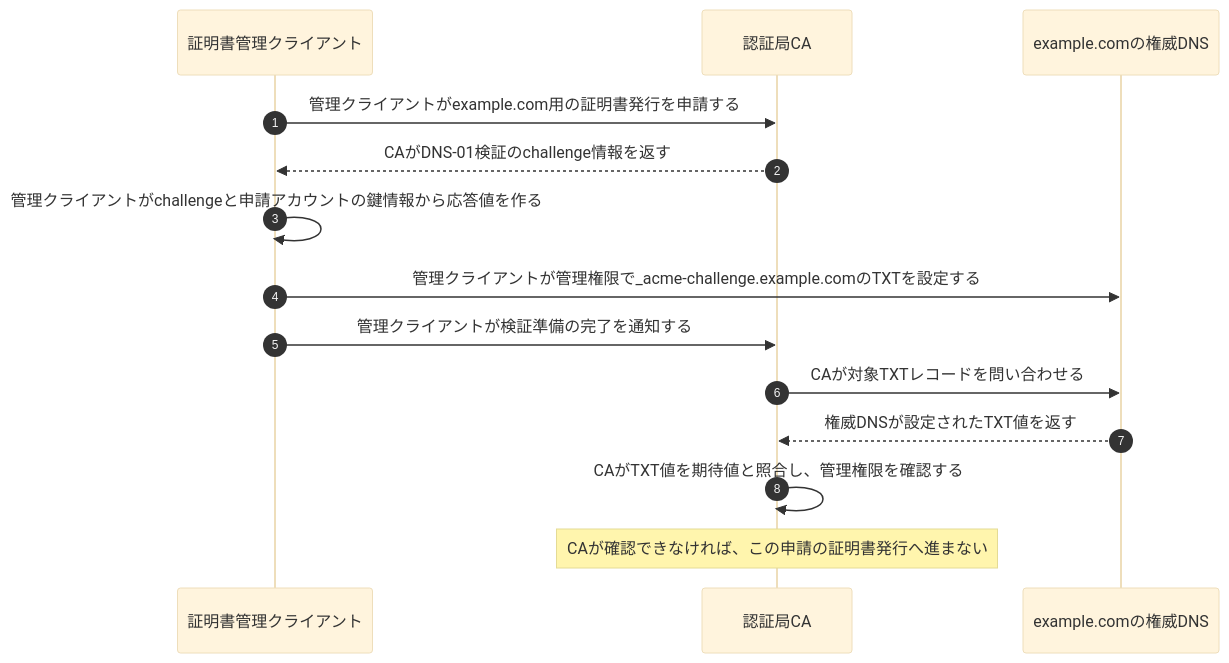
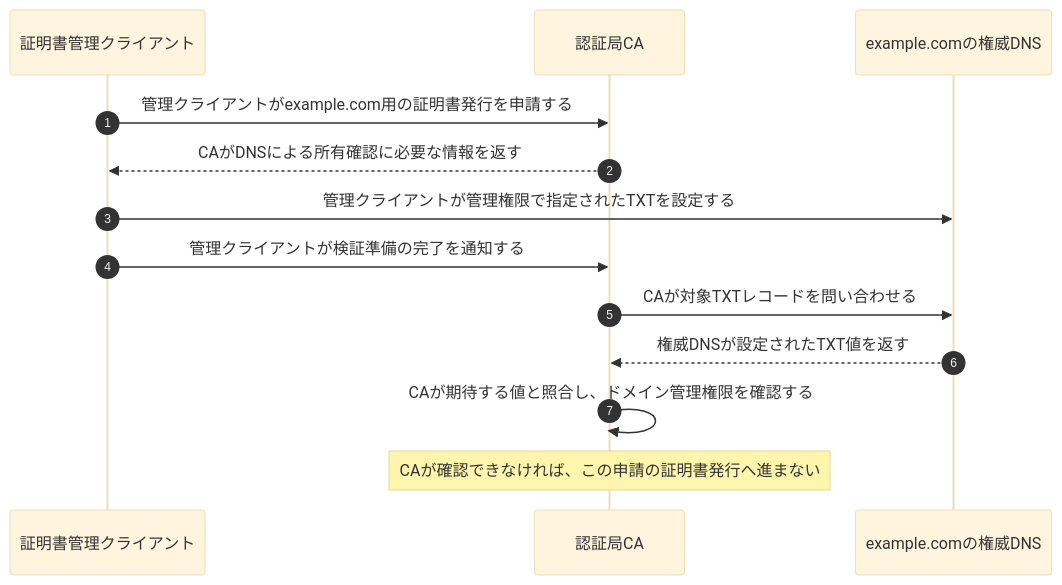
Before and after one commit to ryusuke2003/security-specialist-study: the first of 2 diagrams in 復習用/流れ図/サーバ証明書の発行.md, drawn with Mermaid (base theme). The commit also changed other lines of this file, not shown here.

````diff
--- a/復習用/流れ図/サーバ証明書の発行.md
+++ b/復習用/流れ図/サーバ証明書の発行.md
@@ -39,17 +39,16 @@
 ```mermaid
 sequenceDiagram
     autonumber
     participant C as 証明書管理クライアント
     participant A as 認証局CA
     participant D as example.comの権威DNS
 
     C->>A: 管理クライアントがexample.com用の証明書発行を申請する
-    A-->>C: CAがDNS-01検証のchallenge情報を返す
-    C->>C: 管理クライアントがchallengeと申請アカウントの鍵情報から応答値を作る
-    C->>D: 管理クライアントが管理権限で_acme-challenge.example.comのTXTを設定する
+    A-->>C: CAがDNSによる所有確認に必要な情報を返す
+    C->>D: 管理クライアントが管理権限で指定されたTXTを設定する
     C->>A: 管理クライアントが検証準備の完了を通知する
     A->>D: CAが対象TXTレコードを問い合わせる
     D-->>A: 権威DNSが設定されたTXT値を返す
-    A->>A: CAがTXT値を期待値と照合し、管理権限を確認する
+    A->>A: CAが期待する値と照合し、ドメイン管理権限を確認する
     Note over A: CAが確認できなければ、この申請の証明書発行へ進まない
 ```
````
